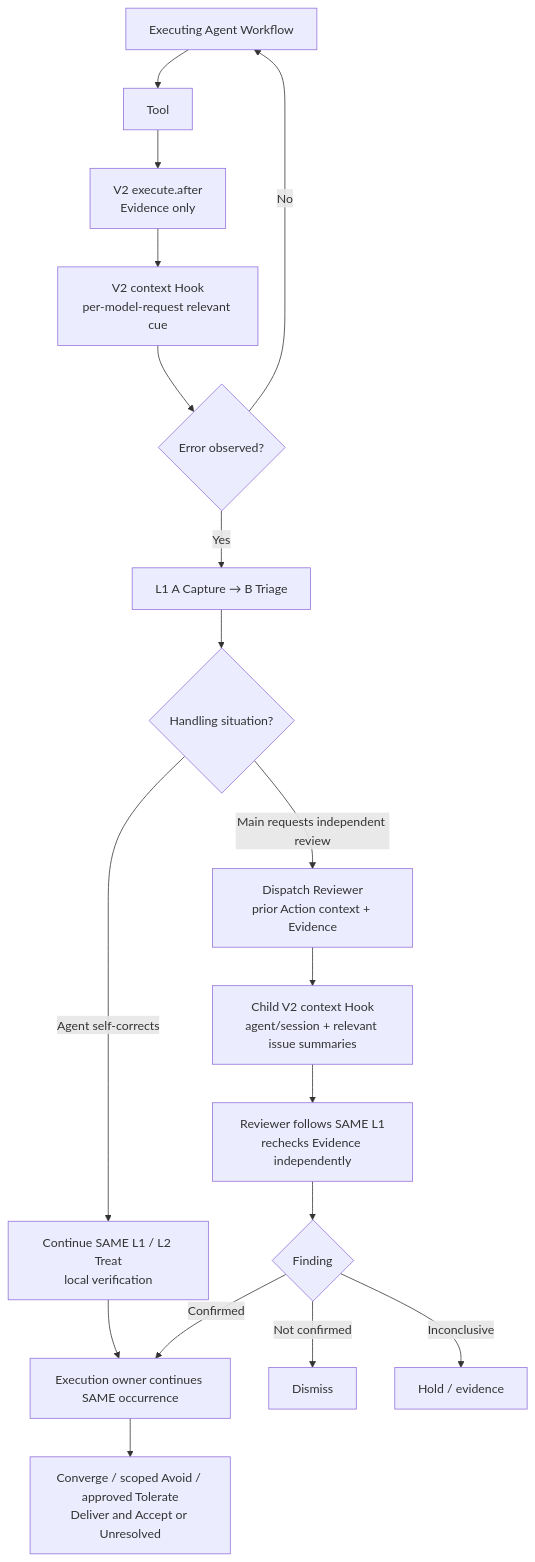
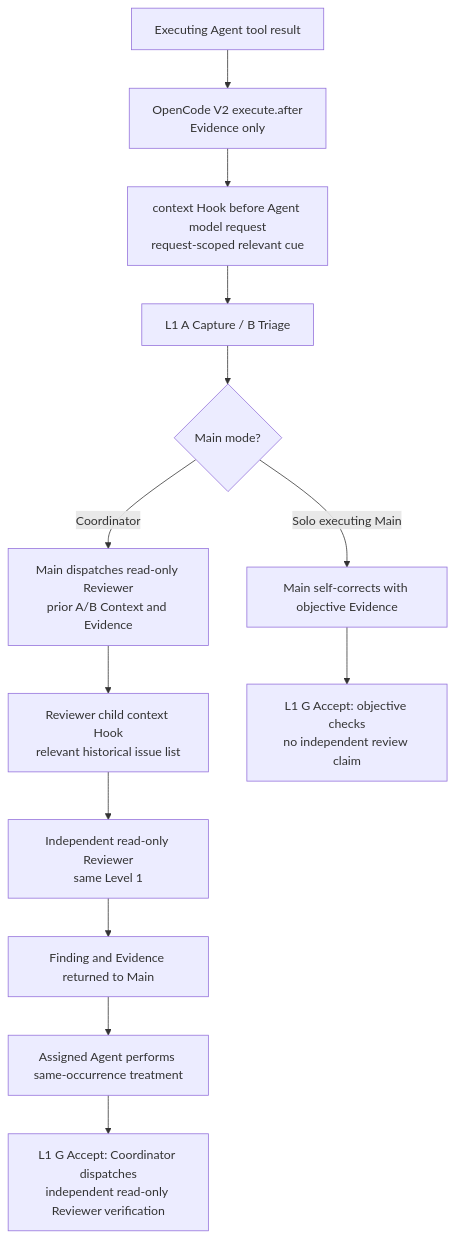
Before and after one commit to dyphn1/Harness-everything: the fourth of 4 diagrams in docs/discussions/error-hook-framework/hosts.md, drawn with Mermaid. The commit also changed other lines of this file, not shown here.

Commit message:
docs(hooks): align all host diagrams with coordinator mandatory review and solo checks (#439)

````diff
--- a/docs/discussions/error-hook-framework/hosts.md
+++ b/docs/discussions/error-hook-framework/hosts.md
@@ -116,20 +112,15 @@
 ```mermaid
 flowchart TD
-  X["Executing Agent Workflow"] --> TOOL["Tool"]
-  TOOL --> EV["V2 execute.after<br/>Evidence only"]
-  EV --> C["V2 context Hook<br/>per-model-request relevant cue"]
-  C --> SUS{"Error observed?"}
-  SUS -->|No| X
-  SUS -->|Yes| AB["L1 A Capture → B Triage"]
-  AB --> CHOICE{"Handling situation?"}
-  CHOICE -->|Agent self-corrects| SELF["Continue SAME L1 / L2 Treat<br/>local verification"]
-  CHOICE -->|Main requests independent review| DIS["Dispatch Reviewer<br/>prior Action context + Evidence"]
-  DIS --> CTX["Child V2 context Hook<br/>agent/session + relevant issue summaries"]
-  CTX --> RV["Reviewer follows SAME L1<br/>rechecks Evidence independently"]
-  RV --> FIND{"Finding"}
-  FIND -->|Confirmed| RESP["Execution owner continues SAME occurrence"]
-  FIND -->|Not confirmed| NONE["Dismiss"]
-  FIND -->|Inconclusive| HOLD["Hold / evidence"]
-  SELF --> RESP
-  RESP --> FIN["Converge / scoped Avoid / approved Tolerate<br/>Deliver and Accept or Unresolved"]
+  X["Executing Agent tool result"] --> AFTER["OpenCode V2 execute.after<br/>Evidence only"]
+  AFTER --> CTX["context Hook before Agent model request<br/>request-scoped relevant cue"]
+  CTX --> AB["L1 A Capture / B Triage"]
+  AB --> MODE{"Main mode?"}
+  MODE -->|Coordinator| DIS["Main dispatches read-only Reviewer<br/>prior A/B Context and Evidence"]
+  MODE -->|Solo executing Main| SELF["Main self-corrects with objective Evidence"]
+  DIS --> RC["Reviewer child context Hook<br/>relevant historical issue list"]
+  RC --> RV["Independent read-only Reviewer<br/>same Level 1"]
+  RV --> FIND["Finding and Evidence returned to Main"]
+  FIND --> EXEC["Assigned Agent performs same-occurrence treatment"]
+  EXEC --> G["L1 G Accept: Coordinator dispatches<br/>independent read-only Reviewer verification"]
+  SELF --> OBJ["L1 G Accept: objective checks<br/>no independent review claim"]
 ```
````
